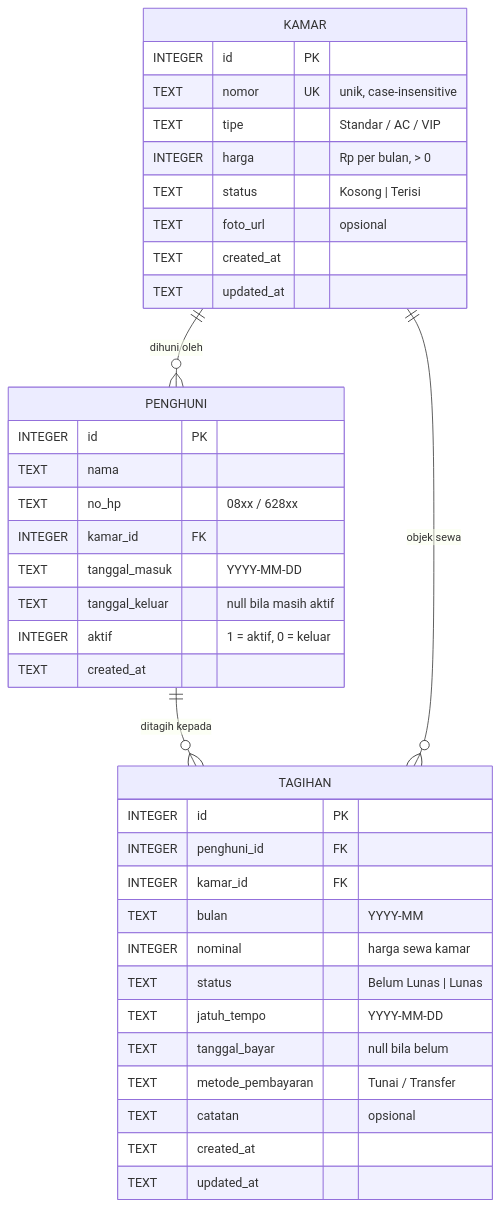
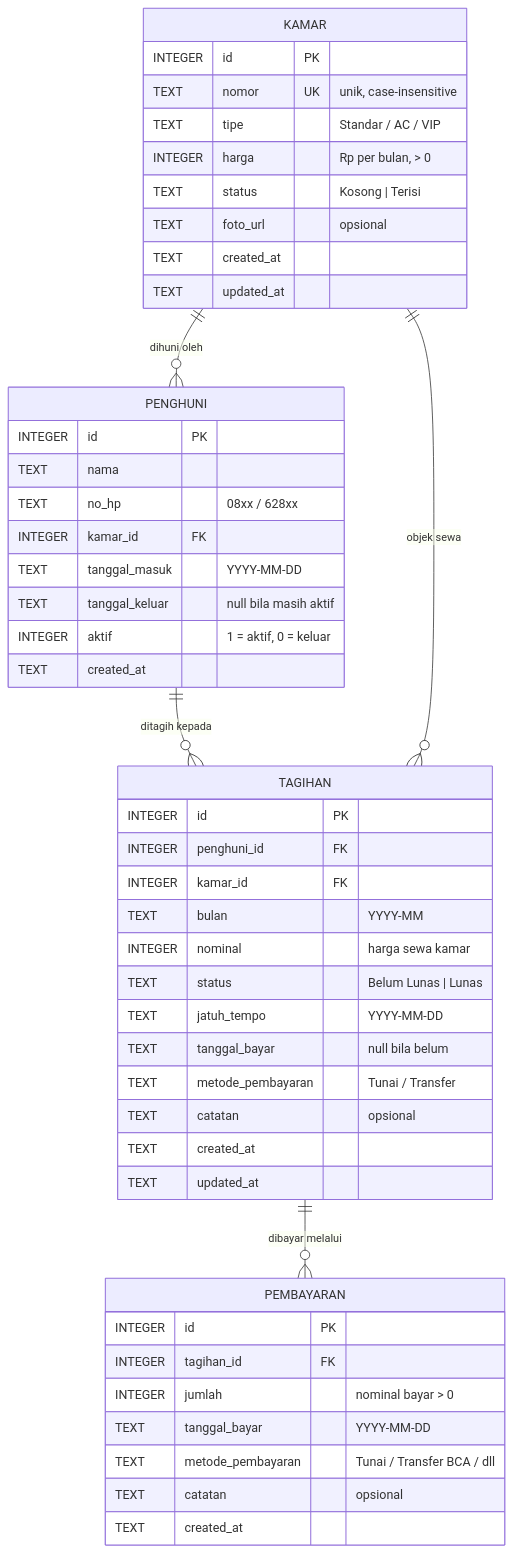
The diagram in docs/skema-database.md (angilbert01/Manajemen-Kos-Gopi), drawn with Mermaid before and after one commit. The commit also changed other lines of this file and 8 other files, not shown here.

````diff
--- a/docs/skema-database.md
+++ b/docs/skema-database.md
@@ -8,40 +8,50 @@
 ```mermaid
 erDiagram
     KAMAR ||--o{ PENGHUNI : "dihuni oleh"
     PENGHUNI ||--o{ TAGIHAN : "ditagih kepada"
     KAMAR ||--o{ TAGIHAN : "objek sewa"
+    TAGIHAN ||--o{ PEMBAYARAN : "dibayar melalui"
     KAMAR {
         INTEGER id PK
         TEXT nomor UK "unik, case-insensitive"
         TEXT tipe "Standar / AC / VIP"
         INTEGER harga "Rp per bulan, > 0"
         TEXT status "Kosong | Terisi"
         TEXT foto_url "opsional"
         TEXT created_at
         TEXT updated_at
     }
     PENGHUNI {
         INTEGER id PK
         TEXT nama
         TEXT no_hp "08xx / 628xx"
         INTEGER kamar_id FK
         TEXT tanggal_masuk "YYYY-MM-DD"
         TEXT tanggal_keluar "null bila masih aktif"
         INTEGER aktif "1 = aktif, 0 = keluar"
         TEXT created_at
     }
     TAGIHAN {
         INTEGER id PK
         INTEGER penghuni_id FK
         INTEGER kamar_id FK
         TEXT bulan "YYYY-MM"
         INTEGER nominal "harga sewa kamar"
         TEXT status "Belum Lunas | Lunas"
         TEXT jatuh_tempo "YYYY-MM-DD"
         TEXT tanggal_bayar "null bila belum"
         TEXT metode_pembayaran "Tunai / Transfer"
         TEXT catatan "opsional"
         TEXT created_at
         TEXT updated_at
     }
+    PEMBAYARAN {
+        INTEGER id PK
+        INTEGER tagihan_id FK
+        INTEGER jumlah "nominal bayar > 0"
+        TEXT tanggal_bayar "YYYY-MM-DD"
+        TEXT metode_pembayaran "Tunai / Transfer BCA / dll"
+        TEXT catatan "opsional"
+        TEXT created_at
+    }
 ```
````
